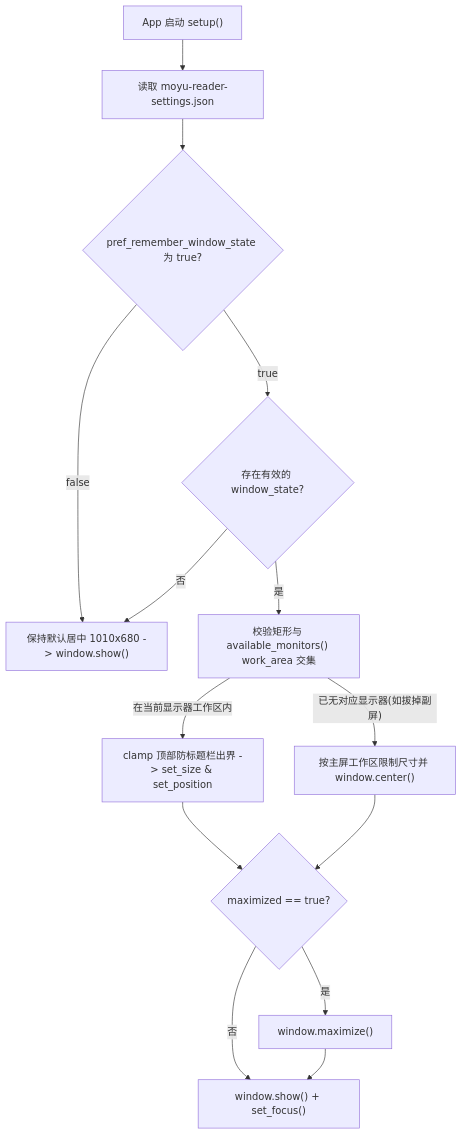
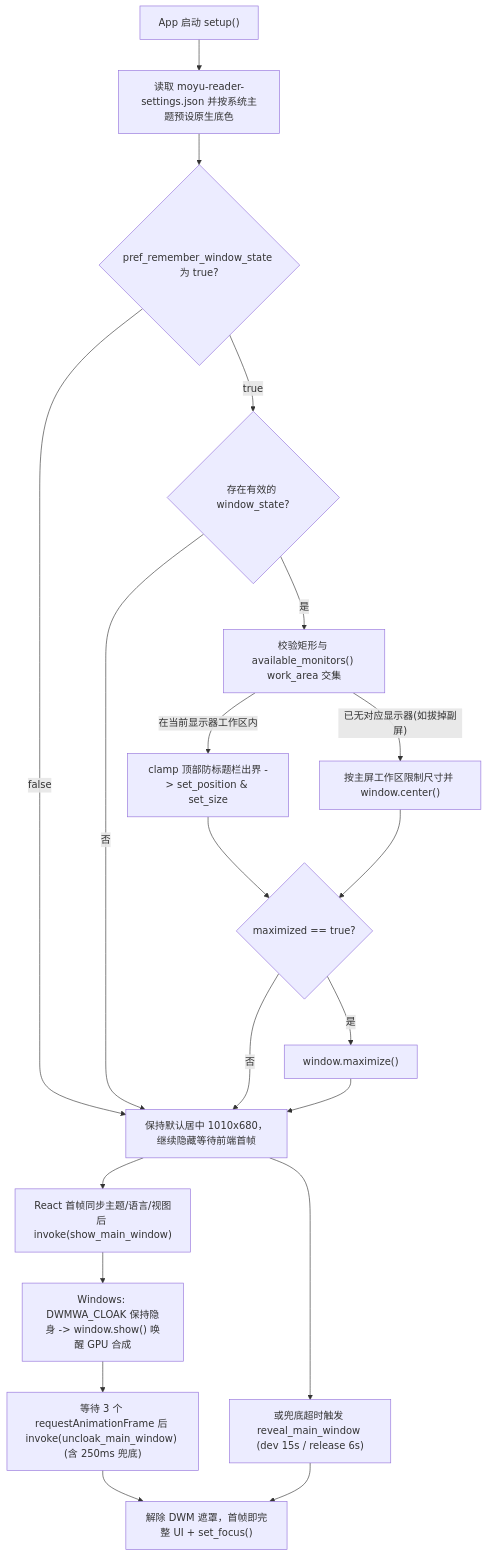
The first of 2 diagrams in docs/window-state-persistence-design.md (Ansen/MoYu), drawn with Mermaid before and after one commit. The commit also changed other lines of this file and 9 other files, not shown here.

````diff
--- a/docs/window-state-persistence-design.md
+++ b/docs/window-state-persistence-design.md
@@ -41,16 +41,22 @@
 ```mermaid
 flowchart TD
-    S["App 启动 setup()"] --> R["读取 moyu-reader-settings.json"]
+    S["App 启动 setup()"] --> R["读取 moyu-reader-settings.json 并按系统主题预设原生底色"]
     R --> C{"pref_remember_window_state 为 true?"}
-    C -- "false" --> SH["保持默认居中 1010x680 -> window.show()"]
+    C -- "false" --> W["保持默认居中 1010x680，继续隐藏等待前端首帧"]
     C -- "true" --> H{"存在有效的 window_state?"}
-    H -- "否" --> SH
+    H -- "否" --> W
     H -- "是" --> M["校验矩形与 available_monitors() work_area 交集"]
-    M -- "在当前显示器工作区内" --> AP["clamp 顶部防标题栏出界 -> set_size & set_position"]
+    M -- "在当前显示器工作区内" --> AP["clamp 顶部防标题栏出界 -> set_position & set_size"]
     M -- "已无对应显示器(如拔掉副屏)" --> FB["按主屏工作区限制尺寸并 window.center()"]
     AP --> MX{"maximized == true?"}
     FB --> MX
     MX -- "是" --> DO_MX["window.maximize()"]
-    MX -- "否" --> SH2["window.show() + set_focus()"]
-    DO_MX --> SH2
+    MX -- "否" --> W
+    DO_MX --> W
+    W --> FE["React 首帧同步主题/语言/视图后 invoke(show_main_window)"]
+    W --> TO["或兜底超时触发 reveal_main_window (dev 15s / release 6s)"]
+    FE --> CL["Windows: DWMWA_CLOAK 保持隐身 -> window.show() 唤醒 GPU 合成"]
+    CL --> RF["等待 3 个 requestAnimationFrame 后 invoke(uncloak_main_window) (含 250ms 兜底)"]
+    RF --> SH2["解除 DWM 遮罩，首帧即完整 UI + set_focus()"]
+    TO --> SH2
 ```
````
